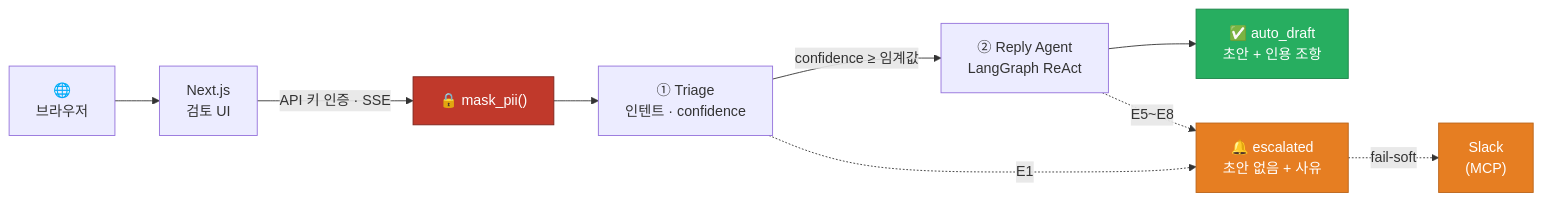
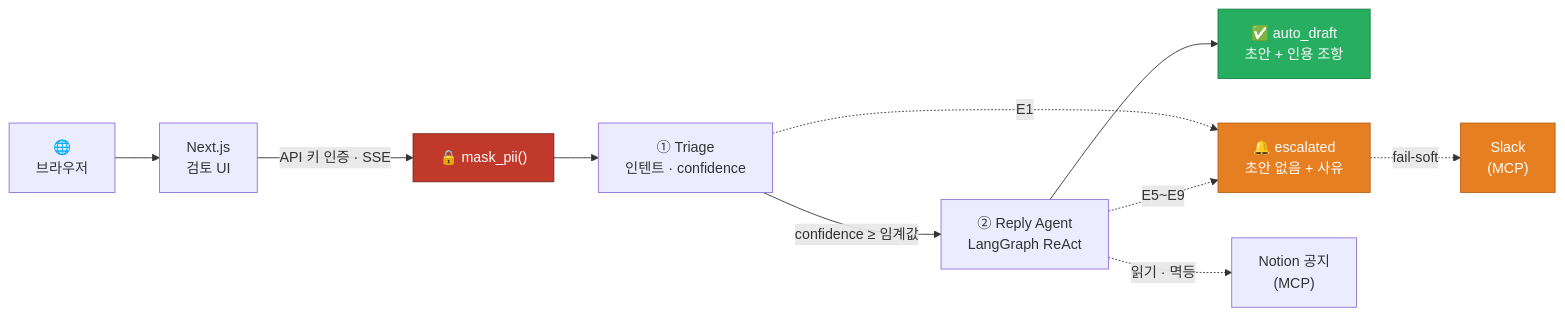
The first of 4 diagrams in README.md (MachuEngine/cs-assistant), drawn with Mermaid before and after one commit. The commit also changed other lines of this file and 3 other files, not shown here.

````diff
--- a/README.md
+++ b/README.md
@@ -71,19 +71,20 @@
 ```mermaid
 flowchart LR
     B["🌐<br/>브라우저"] --> N["Next.js<br/>검토 UI"]
     N -->|"API 키 인증 · SSE"| G["🔒 mask_pii()"]
     G --> T["① Triage<br/>인텐트 · confidence"]
     T -->|"confidence ≥ 임계값"| R["② Reply Agent<br/>LangGraph ReAct"]
     R --> OK["✅ auto_draft<br/>초안 + 인용 조항"]
 
     T -.->|"E1"| ESC["🔔 escalated<br/>초안 없음 + 사유"]
-    R -.->|"E5~E8"| ESC
+    R -.->|"E5~E9"| ESC
+    R -.->|"읽기 · 멱등"| NO["Notion 공지<br/>(MCP)"]
     ESC -.->|"fail-soft"| SL["Slack<br/>(MCP)"]
 
     classDef guard fill:#c0392b,stroke:#7b241c,color:#fff
     classDef good  fill:#27ae60,stroke:#1e8449,color:#fff
     classDef esc   fill:#e67e22,stroke:#ba6318,color:#fff
     class G guard
     class OK good
     class ESC,SL esc
 ```
````
